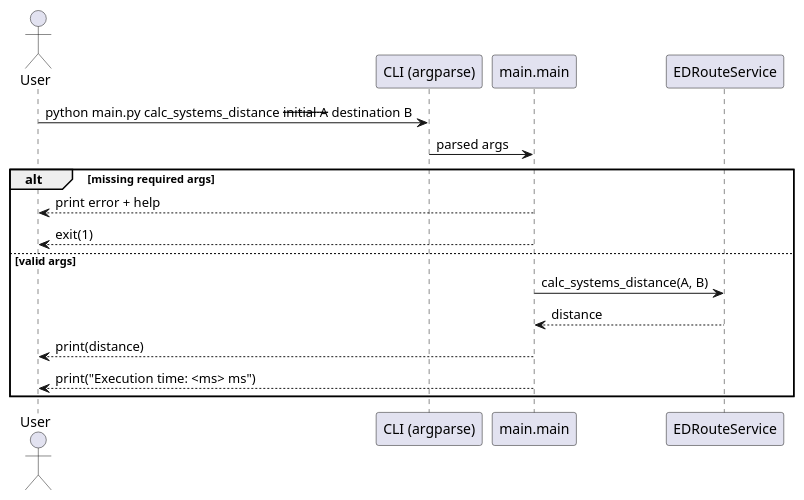
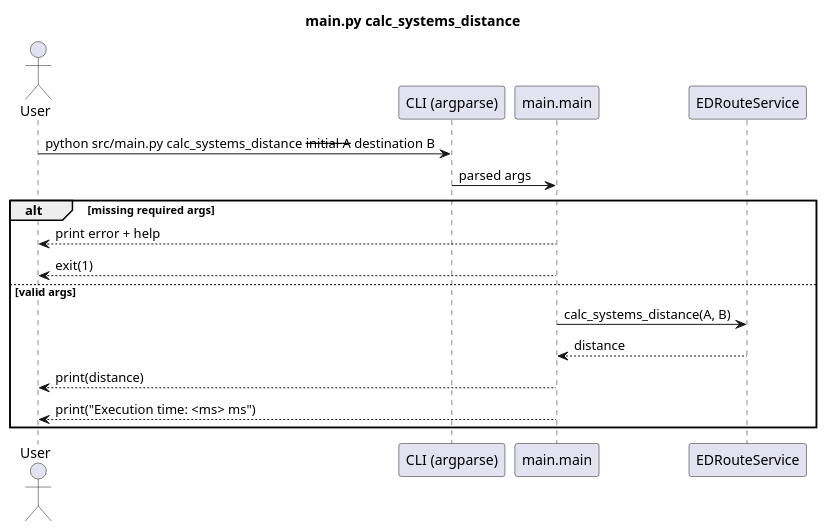
One commit to fazleskhan/elite_dangerous_discord_tools changed the fourth of 6 diagrams in docs/main_sequences.puml. Above: the diagram before and after it, drawn with PlantUML. The commit also changed other lines of this file and 25 other files, not shown here.

Commit message:
updated README.md and sequence diagrams

```diff
--- a/docs/main_sequences.puml
+++ b/docs/main_sequences.puml
@@ -64,19 +69,20 @@
-@startuml calc_systems_distance
+@startuml main_calc_systems_distance
+title main.py calc_systems_distance
 actor User
 participant "CLI (argparse)" as CLI
 participant "main.main" as Main
 participant "EDRouteService" as Route
 
-User -> CLI : python main.py calc_systems_distance --initial A --destination B
+User -> CLI : python src/main.py calc_systems_distance --initial A --destination B
 CLI -> Main : parsed args
 
 alt missing required args
   Main --> User : print error + help
   Main --> User : exit(1)
 else valid args
   Main -> Route : calc_systems_distance(A, B)
   Route --> Main : distance
   Main --> User : print(distance)
   Main --> User : print("Execution time: <ms> ms")
 end
 @enduml
```
